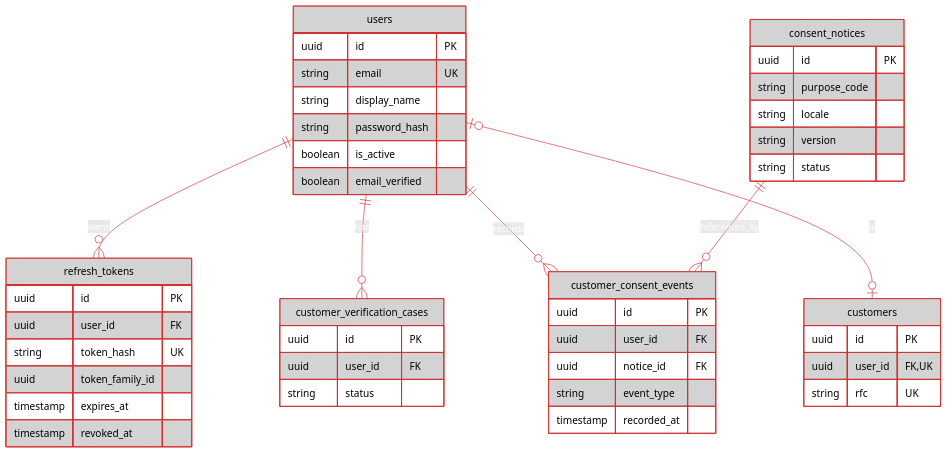
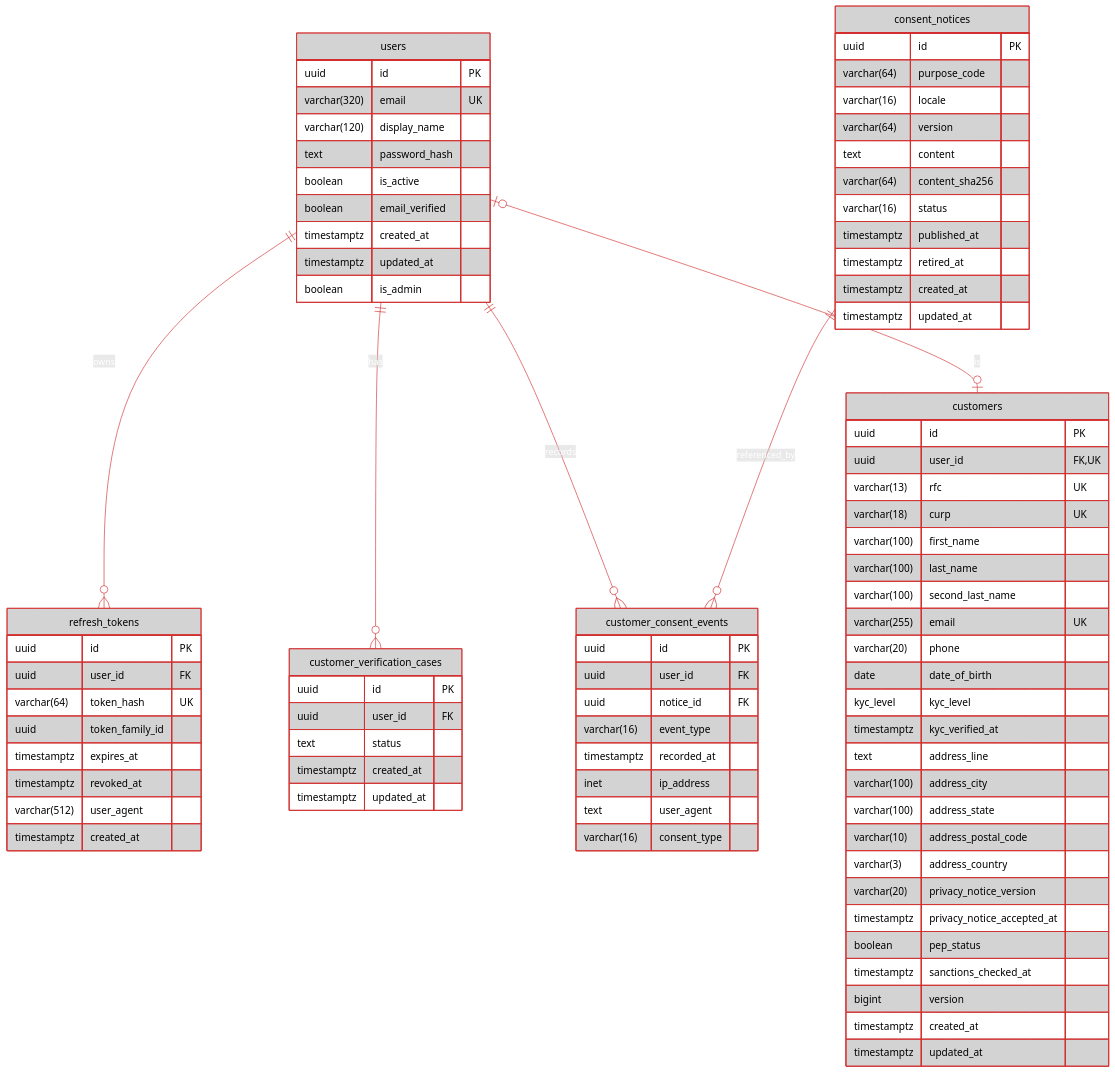
Before and after one commit to Rho-Studio/rho-studio-back-end: the second of 4 diagrams in DataModel.md, drawn with Mermaid. The commit also changed other lines of this file and 3 other files, not shown here.

```diff
--- a/DataModel.md
+++ b/DataModel.md
@@ -364,43 +551,80 @@
 
   users {
     uuid id PK
-    string email UK
-    string display_name
-    string password_hash
+    varchar(320) email UK
+    varchar(120) display_name
+    text password_hash
     boolean is_active
     boolean email_verified
+    timestamptz created_at
+    timestamptz updated_at
+    boolean is_admin
   }
   refresh_tokens {
     uuid id PK
     uuid user_id FK
-    string token_hash UK
+    varchar(64) token_hash UK
     uuid token_family_id
-    timestamp expires_at
-    timestamp revoked_at
+    timestamptz expires_at
+    timestamptz revoked_at
+    varchar(512) user_agent
+    timestamptz created_at
   }
   customer_verification_cases {
     uuid id PK
     uuid user_id FK
-    string status
+    text status
+    timestamptz created_at
+    timestamptz updated_at
   }
   consent_notices {
     uuid id PK
-    string purpose_code
-    string locale
-    string version
-    string status
+    varchar(64) purpose_code
+    varchar(16) locale
+    varchar(64) version
+    text content
+    varchar(64) content_sha256
+    varchar(16) status
+    timestamptz published_at
+    timestamptz retired_at
+    timestamptz created_at
+    timestamptz updated_at
   }
   customer_consent_events {
     uuid id PK
     uuid user_id FK
     uuid notice_id FK
-    string event_type
-    timestamp recorded_at
+    varchar(16) event_type
+    timestamptz recorded_at
+    inet ip_address
+    text user_agent
+    varchar(16) consent_type
   }
   customers {
     uuid id PK
     uuid user_id FK, UK
-    string rfc UK
+    varchar(13) rfc UK
+    varchar(18) curp UK
+    varchar(100) first_name
+    varchar(100) last_name
+    varchar(100) second_last_name
+    varchar(255) email UK
+    varchar(20) phone
+    date date_of_birth
+    kyc_level kyc_level
+    timestamptz kyc_verified_at
+    text address_line
+    varchar(100) address_city
+    varchar(100) address_state
+    varchar(10) address_postal_code
+    varchar(3) address_country
+    varchar(20) privacy_notice_version
+    timestamptz privacy_notice_accepted_at
+    boolean pep_status
+    timestamptz sanctions_checked_at
+    bigint version
+    timestamptz created_at
+    timestamptz updated_at
   }
 
   classDef dataNode fill:#D3D3D3,stroke:#D32F2F,color:#000000
```
